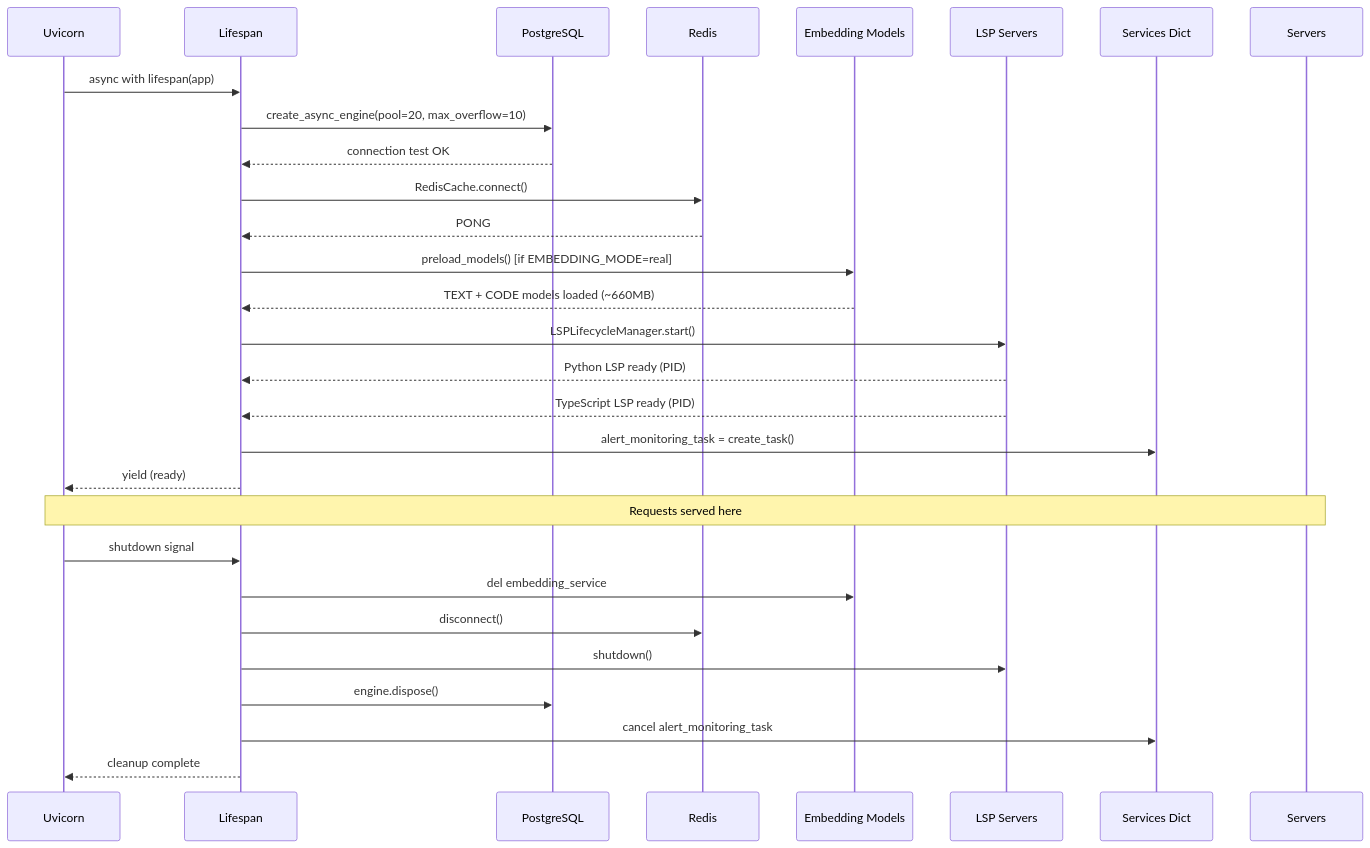
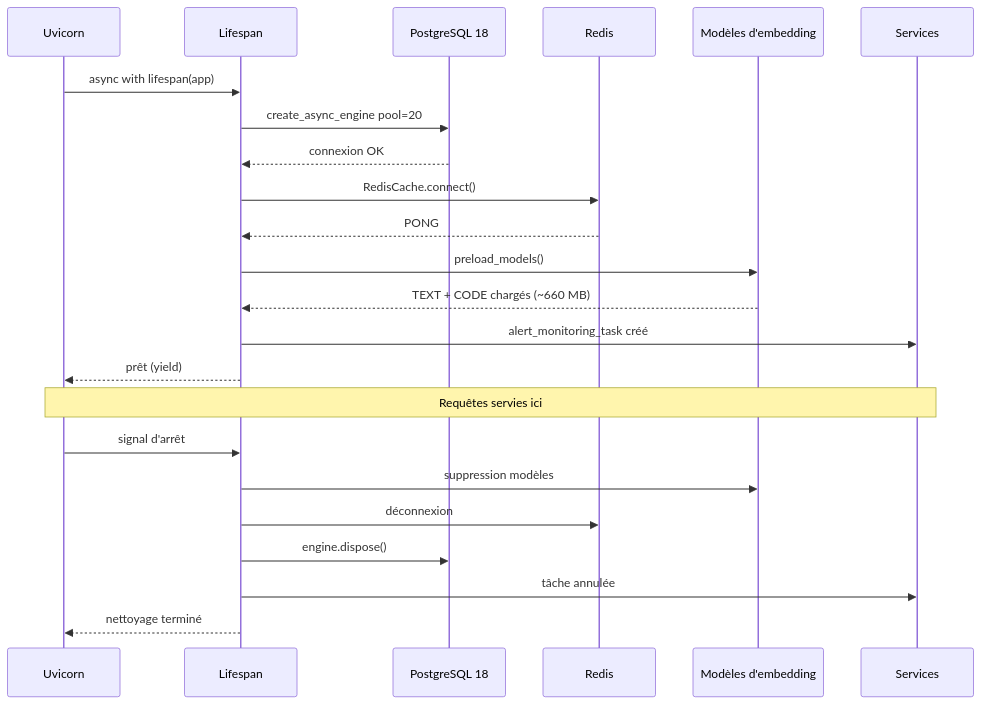
The second of 10 diagrams in docs/ARCHITECTURE.md (giak/mnemo-lite), drawn with Mermaid before and after one commit. The commit also changed other lines of this file and 1 other file, not shown here.

First line of the commit message:
docs: réécrire architecture en français avec diagrammes Mermaid valides

````diff
--- a/docs/ARCHITECTURE.md
+++ b/docs/ARCHITECTURE.md
@@ -62,33 +62,28 @@
 ```mermaid
 sequenceDiagram
-    participant Uvicorn
-    participant Lifespan
-    participant PG as PostgreSQL
-    participant Redis
-    participant Embedding as Embedding Models
-    participant LSP as LSP Servers
-    participant Services as Services Dict
+    participant U as Uvicorn
+    participant L as Lifespan
+    participant P as PostgreSQL 18
+    participant R as Redis
+    participant E as Modèles d'embedding
+    participant S as Services
 
-    Uvicorn->>Lifespan: async with lifespan(app)
-    Lifespan->>PG: create_async_engine(pool=20, max_overflow=10)
-    PG-->>Lifespan: connection test OK
-    Lifespan->>Redis: RedisCache.connect()
-    Redis-->>Lifespan: PONG
-    Lifespan->>Embedding: preload_models() [if EMBEDDING_MODE=real]
-    Embedding-->>Lifespan: TEXT + CODE models loaded (~660MB)
-    Lifespan->>LSP: LSPLifecycleManager.start()
-    LSP-->>Lifespan: Python LSP ready (PID)
-    LSP-->>Lifespan: TypeScript LSP ready (PID)
-    Lifespan->>Services: alert_monitoring_task = create_task()
-    Lifespan-->>Uvicorn: yield (ready)
+    U->>L: async with lifespan(app)
+    L->>P: create_async_engine pool=20
+    P-->>L: connexion OK
+    L->>R: RedisCache.connect()
+    R-->>L: PONG
+    L->>E: preload_models()
+    E-->>L: TEXT + CODE chargés (~660 MB)
+    L->>S: alert_monitoring_task créé
+    L-->>U: prêt (yield)
 
-    Note over Uvicorn,Servers: Requests served here
+    Note over U,S: Requêtes servies ici
 
-    Uvicorn->>Lifespan: shutdown signal
-    Lifespan->>Embedding: del embedding_service
-    Lifespan->>Redis: disconnect()
-    Lifespan->>LSP: shutdown()
-    Lifespan->>PG: engine.dispose()
-    Lifespan->>Services: cancel alert_monitoring_task
-    Lifespan-->>Uvicorn: cleanup complete
+    U->>L: signal d'arrêt
+    L->>E: suppression modèles
+    L->>R: déconnexion
+    L->>P: engine.dispose()
+    L->>S: tâche annulée
+    L-->>U: nettoyage terminé
 ```
````
